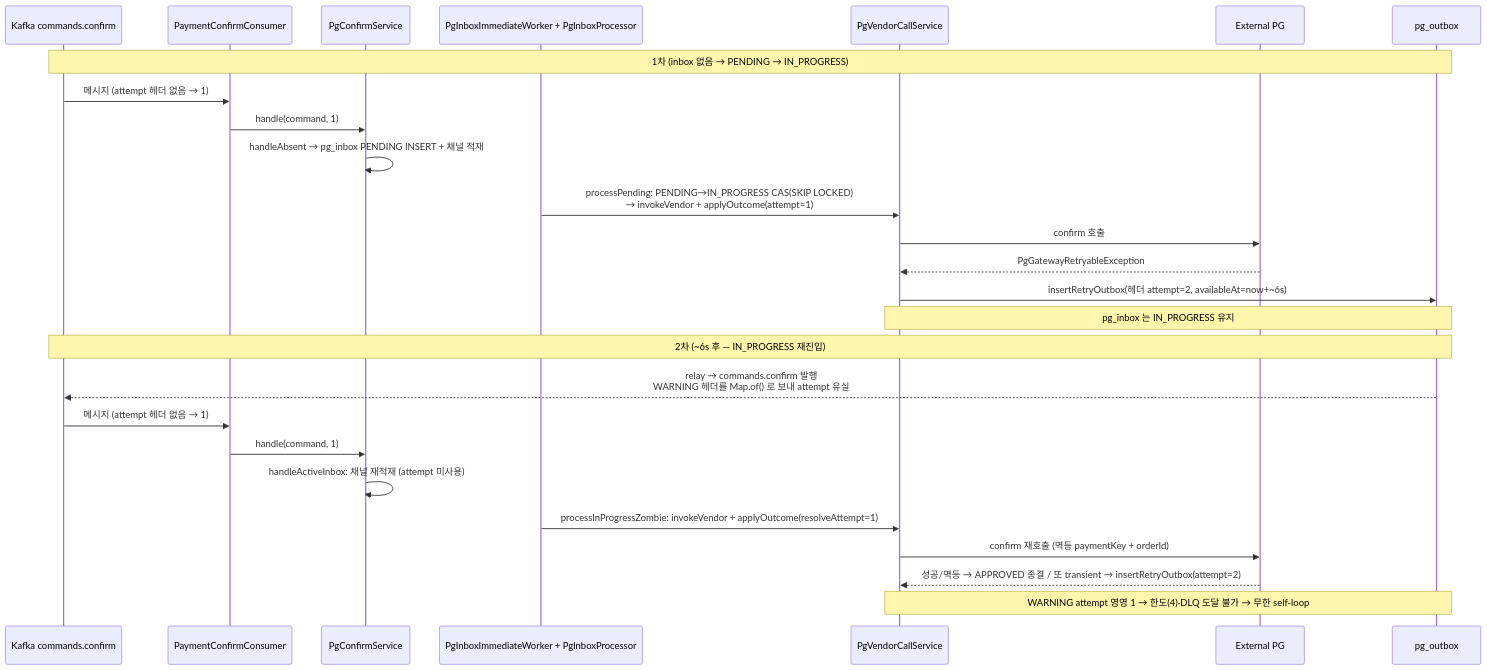
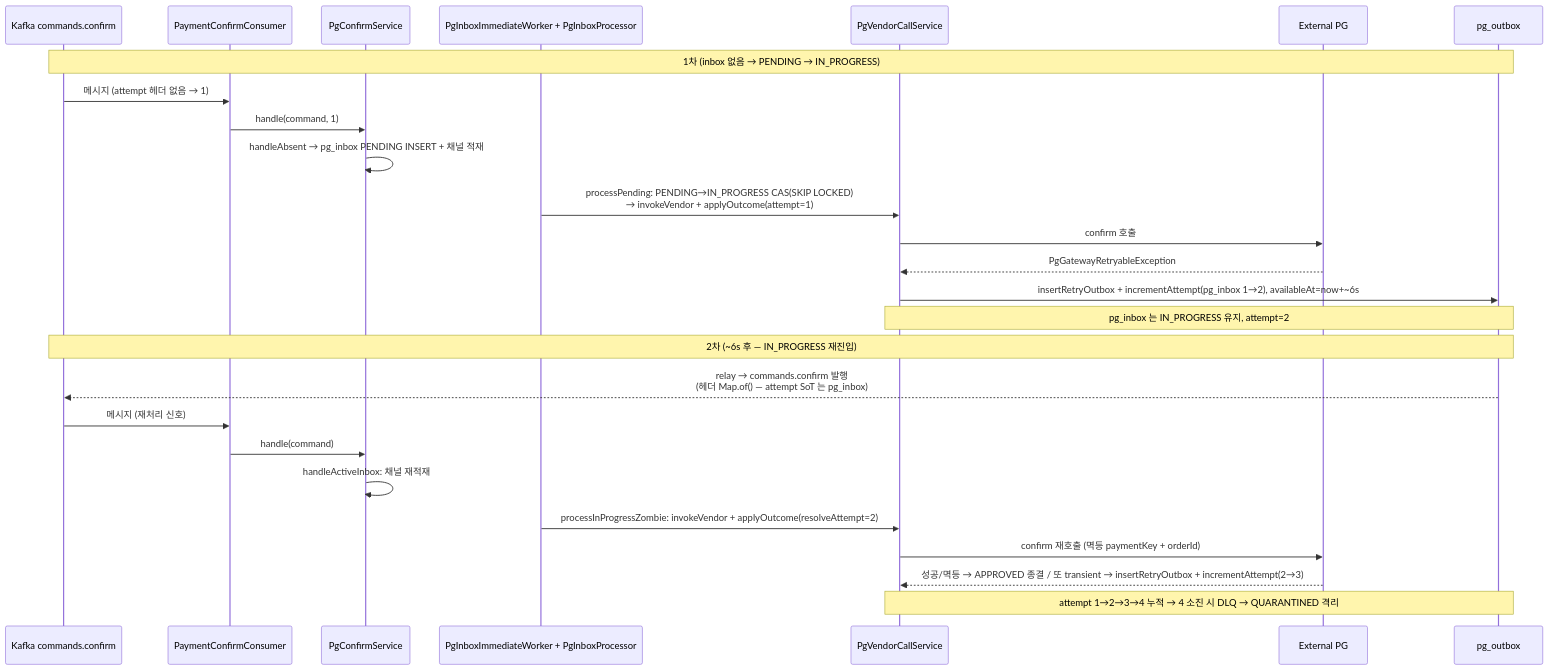
The ninth of 10 diagrams in docs/context/PAYMENT-FLOW.md (hyoguoo/payment-platform), drawn with Mermaid before and after one commit. The commit also changed other lines of this file and 12 other files, not shown here.

````diff
--- a/docs/context/PAYMENT-FLOW.md
+++ b/docs/context/PAYMENT-FLOW.md
@@ -312,30 +312,30 @@
 ```mermaid
 sequenceDiagram
     participant K as Kafka commands.confirm
     participant Cons as PaymentConfirmConsumer
     participant Svc as PgConfirmService
     participant W as PgInboxImmediateWorker + PgInboxProcessor
     participant V as PgVendorCallService
     participant Vendor as External PG
     participant OB as pg_outbox
 
     Note over K, OB: 1차 (inbox 없음 → PENDING → IN_PROGRESS)
     K->>Cons: 메시지 (attempt 헤더 없음 → 1)
     Cons->>Svc: handle(command, 1)
     Svc->>Svc: handleAbsent → pg_inbox PENDING INSERT + 채널 적재
     W->>V: processPending: PENDING→IN_PROGRESS CAS(SKIP LOCKED)<br/>→ invokeVendor + applyOutcome(attempt=1)
     V->>Vendor: confirm 호출
     Vendor-->>V: PgGatewayRetryableException
-    V->>OB: insertRetryOutbox(헤더 attempt=2, availableAt=now+~6s)
-    Note over V, OB: pg_inbox 는 IN_PROGRESS 유지
+    V->>OB: insertRetryOutbox + incrementAttempt(pg_inbox 1→2), availableAt=now+~6s
+    Note over V, OB: pg_inbox 는 IN_PROGRESS 유지, attempt=2
 
     Note over K, OB: 2차 (~6s 후 — IN_PROGRESS 재진입)
-    OB-->>K: relay → commands.confirm 발행<br/>WARNING 헤더를 Map.of() 로 보내 attempt 유실
-    K->>Cons: 메시지 (attempt 헤더 없음 → 1)
-    Cons->>Svc: handle(command, 1)
-    Svc->>Svc: handleActiveInbox: 채널 재적재 (attempt 미사용)
-    W->>V: processInProgressZombie: invokeVendor + applyOutcome(resolveAttempt=1)
+    OB-->>K: relay → commands.confirm 발행<br/>(헤더 Map.of() — attempt SoT 는 pg_inbox)
+    K->>Cons: 메시지 (재처리 신호)
+    Cons->>Svc: handle(command)
+    Svc->>Svc: handleActiveInbox: 채널 재적재
+    W->>V: processInProgressZombie: invokeVendor + applyOutcome(resolveAttempt=2)
     V->>Vendor: confirm 재호출 (멱등 paymentKey + orderId)
-    Vendor-->>V: 성공/멱등 → APPROVED 종결 / 또 transient → insertRetryOutbox(attempt=2)
-    Note over V, OB: WARNING attempt 영영 1 → 한도(4)·DLQ 도달 불가 → 무한 self-loop
+    Vendor-->>V: 성공/멱등 → APPROVED 종결 / 또 transient → insertRetryOutbox + incrementAttempt(2→3)
+    Note over V, OB: attempt 1→2→3→4 누적 → 4 소진 시 DLQ → QUARANTINED 격리
 ```
````
